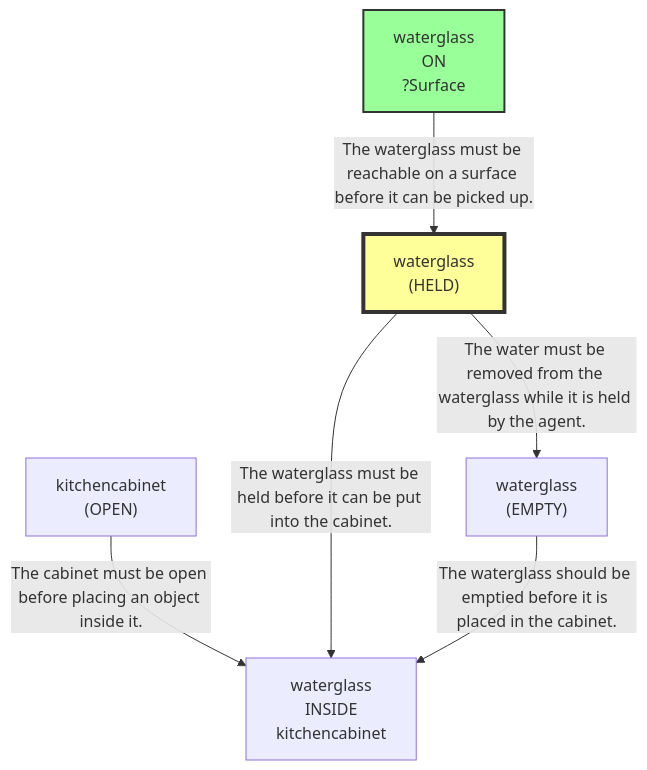
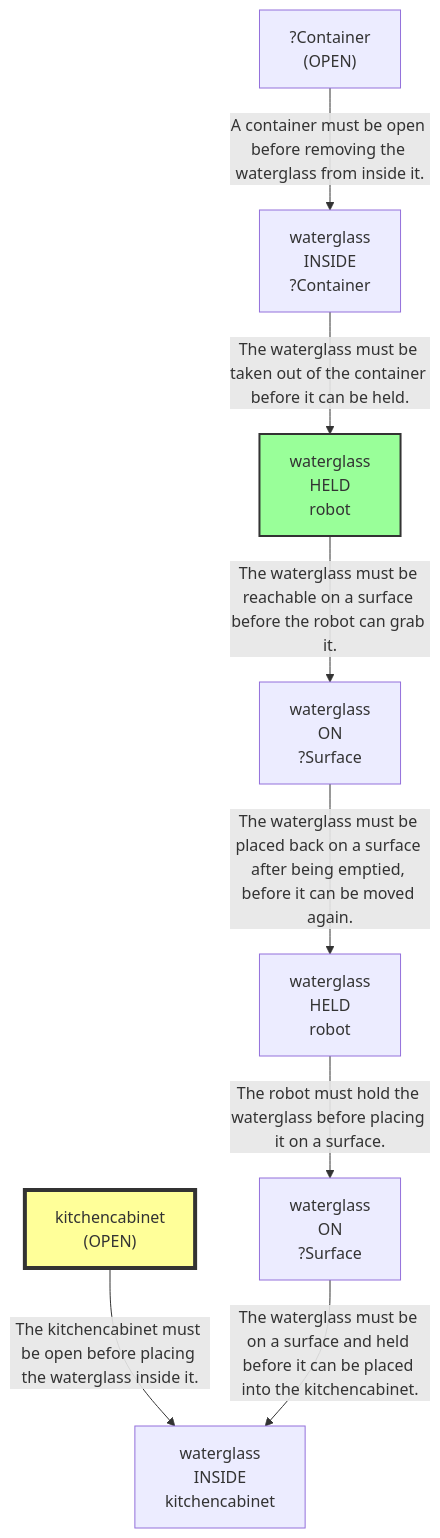
Before and after one commit to scuama/virtualhome: the fourth of 15 diagrams in evaluation/results/table1/_raw/robostate/run_T1_INST_G1_05_vague.md, drawn with Mermaid. The commit also changed other lines of this file and 96 other files, not shown here.

````diff
--- a/evaluation/results/table1/_raw/robostate/run_T1_INST_G1_05_vague.md
+++ b/evaluation/results/table1/_raw/robostate/run_T1_INST_G1_05_vague.md
@@ -259,15 +340,20 @@
 ```mermaid
 graph TD
     N1["waterglass<br>ON<br>?Surface"]
-    style N1 fill:#9f9,stroke:#333,stroke-width:2px
-    N2["waterglass<br>(HELD)"]
-    style N2 fill:#ff9,stroke:#333,stroke-width:4px
-    N3["kitchencabinet<br>(OPEN)"]
-    N4["waterglass<br>INSIDE<br>kitchencabinet"]
-    N5["waterglass<br>(EMPTY)"]
-    N1 -->|"The waterglass must be reachable on a surface before it can be picked up."| N2
-    N2 -->|"The water must be removed from the waterglass while it is held by the agent."| N5
-    N3 -->|"The cabinet must be open before placing an object inside it."| N4
-    N2 -->|"The waterglass must be held before it can be put into the cabinet."| N4
-    N5 -->|"The waterglass should be emptied before it is placed in the cabinet."| N4
+    N2["waterglass<br>HELD<br>robot"]
+    style N2 fill:#9f9,stroke:#333,stroke-width:2px
+    N3["waterglass<br>INSIDE<br>?Container"]
+    N4["?Container<br>(OPEN)"]
+    N5["waterglass<br>ON<br>?Surface"]
+    N6["waterglass<br>HELD<br>robot"]
+    N7["waterglass<br>INSIDE<br>kitchencabinet"]
+    N8["kitchencabinet<br>(OPEN)"]
+    style N8 fill:#ff9,stroke:#333,stroke-width:4px
+    N2 -->|"The waterglass must be reachable on a surface before the robot can grab it."| N1
+    N4 -->|"A container must be open before removing the waterglass from inside it."| N3
+    N3 -->|"The waterglass must be taken out of the container before it can be held."| N2
+    N1 -->|"The waterglass must be placed back on a surface after being emptied, before it can be moved again."| N6
+    N6 -->|"The robot must hold the waterglass before placing it on a surface."| N5
+    N8 -->|"The kitchencabinet must be open before placing the waterglass inside it."| N7
+    N5 -->|"The waterglass must be on a surface and held before it can be placed into the kitchencabinet."| N7
 ```
````
